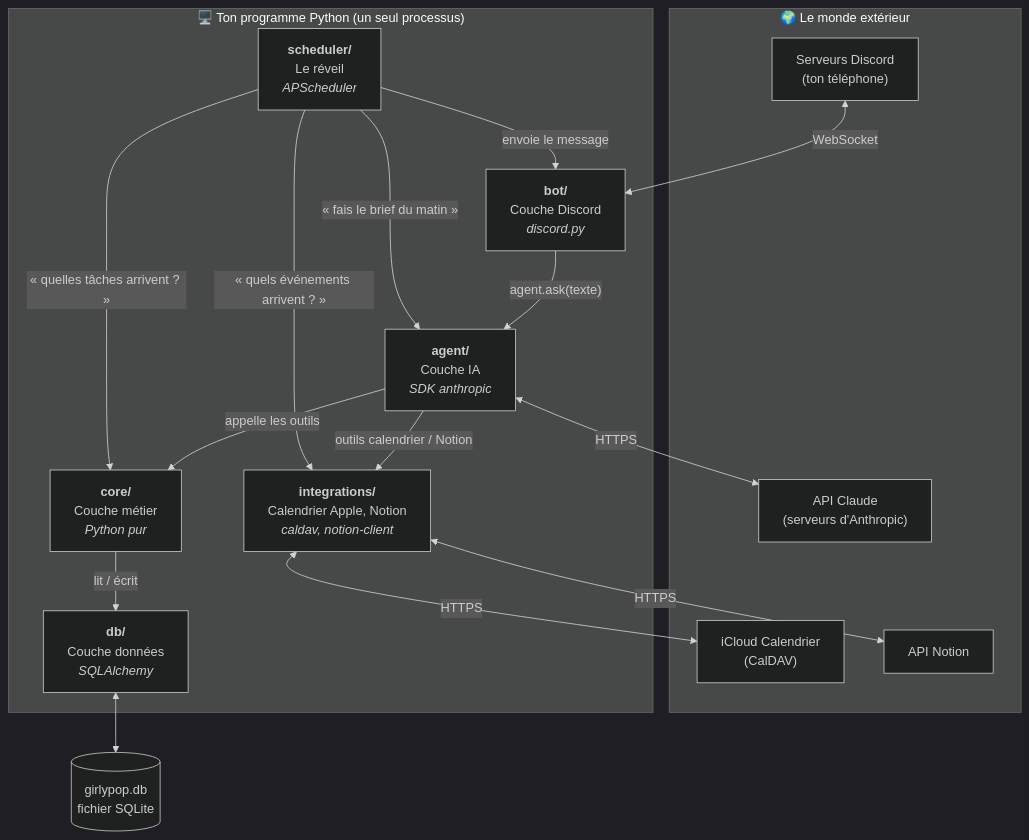
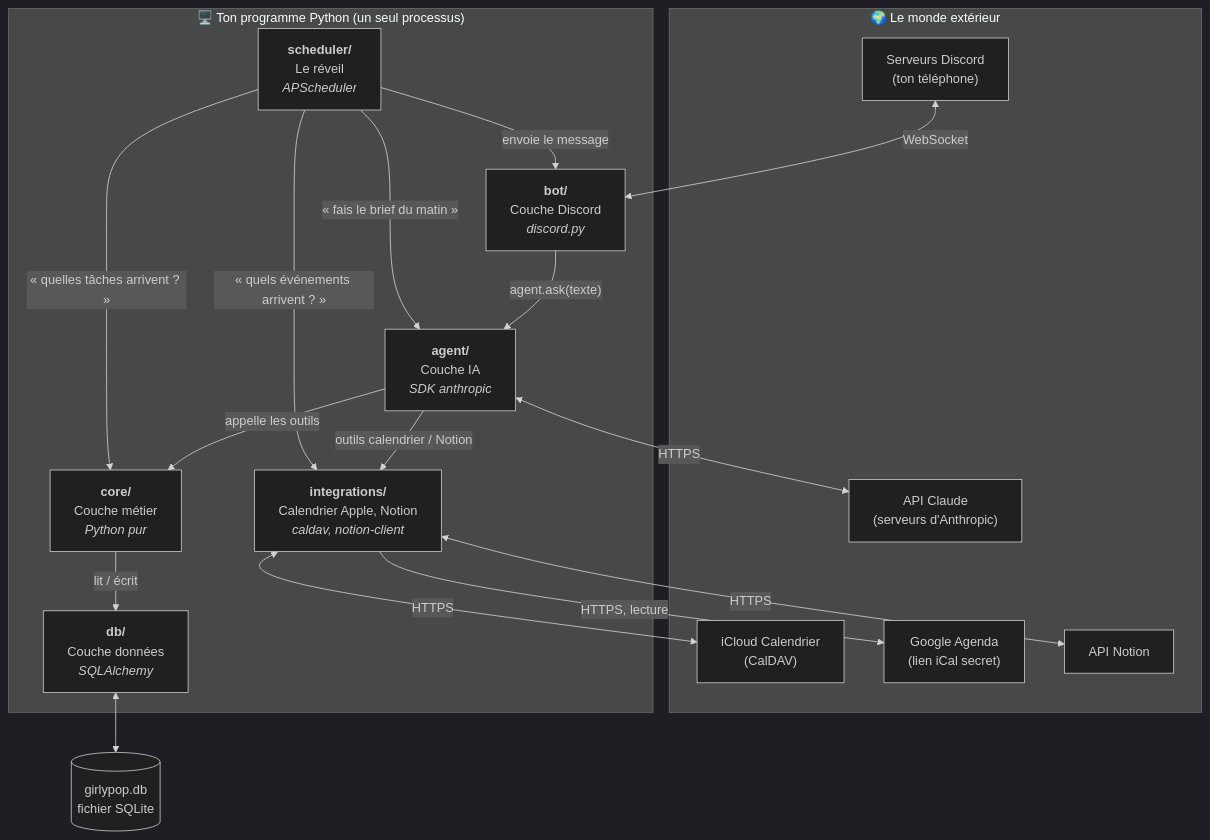
One commit to Leanak/girly_bot changed the first of 5 diagrams in docs/ARCHITECTURE.md. Above: the diagram before and after it, drawn with Mermaid (dark theme). The commit also changed other lines of this file and 15 other files, not shown here.

First line of the commit message:
Google Agenda en lecture seule via l'adresse iCal secrète

````diff
--- a/docs/ARCHITECTURE.md
+++ b/docs/ARCHITECTURE.md
@@ -14,34 +14,36 @@
 ```mermaid
 flowchart TB
     subgraph Ext["🌍 Le monde extérieur"]
         Discord["Serveurs Discord<br/>(ton téléphone)"]
         API["API Claude<br/>(serveurs d'Anthropic)"]
         ICloud["iCloud Calendrier<br/>(CalDAV)"]
+        Google["Google Agenda<br/>(lien iCal secret)"]
         NotionAPI["API Notion"]
     end
 
     subgraph App["🖥️ Ton programme Python (un seul processus)"]
         Bot["<b>bot/</b><br/>Couche Discord<br/><i>discord.py</i>"]
         Agent["<b>agent/</b><br/>Couche IA<br/><i>SDK anthropic</i>"]
         Core["<b>core/</b><br/>Couche métier<br/><i>Python pur</i>"]
         DB["<b>db/</b><br/>Couche données<br/><i>SQLAlchemy</i>"]
         Sched["<b>scheduler/</b><br/>Le réveil<br/><i>APScheduler</i>"]
         Integ["<b>integrations/</b><br/>Calendrier Apple, Notion<br/><i>caldav, notion-client</i>"]
     end
 
     File[("girlypop.db<br/>fichier SQLite")]
 
     Discord <-->|WebSocket| Bot
     Bot -->|"agent.ask(texte)"| Agent
     Agent <-->|HTTPS| API
     Agent -->|"appelle les outils"| Core
     Core -->|"lit / écrit"| DB
     DB <--> File
     Sched -->|"« fais le brief du matin »"| Agent
     Sched -->|"« quelles tâches arrivent ? »"| Core
     Sched -->|"envoie le message"| Bot
     Agent -->|"outils calendrier / Notion"| Integ
     Sched -->|"« quels événements arrivent ? »"| Integ
     Integ <-->|HTTPS| ICloud
+    Integ -->|"HTTPS, lecture"| Google
     Integ <-->|HTTPS| NotionAPI
 ```
````
